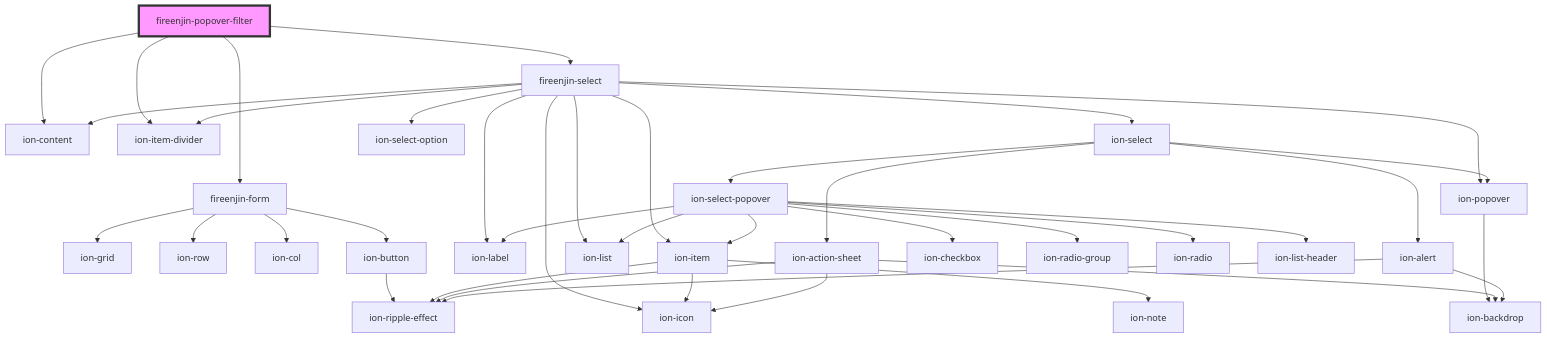
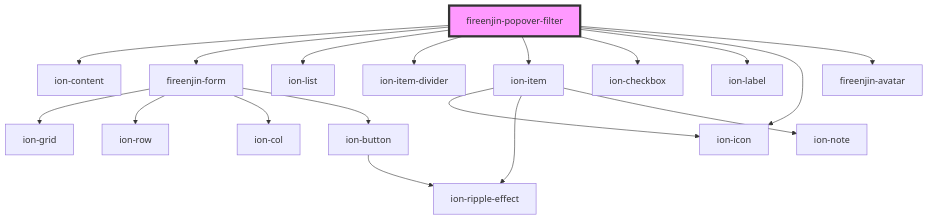
The diagram in src/components/popover-filter/readme.md (FireEnjin/Components), drawn with Mermaid before and after one commit. The commit also changed other lines of this file and 12 other files, not shown here.

````diff
--- a/src/components/popover-filter/readme.md
+++ b/src/components/popover-filter/readme.md
@@ -26,42 +40,21 @@
 ```mermaid
 graph TD;
   fireenjin-popover-filter --> ion-content
   fireenjin-popover-filter --> fireenjin-form
+  fireenjin-popover-filter --> ion-list
   fireenjin-popover-filter --> ion-item-divider
-  fireenjin-popover-filter --> fireenjin-select
+  fireenjin-popover-filter --> ion-item
+  fireenjin-popover-filter --> ion-checkbox
+  fireenjin-popover-filter --> ion-label
+  fireenjin-popover-filter --> ion-icon
+  fireenjin-popover-filter --> fireenjin-avatar
   fireenjin-form --> ion-grid
   fireenjin-form --> ion-row
   fireenjin-form --> ion-col
   fireenjin-form --> ion-button
   ion-button --> ion-ripple-effect
-  fireenjin-select --> ion-label
-  fireenjin-select --> ion-item
-  fireenjin-select --> ion-popover
-  fireenjin-select --> ion-content
-  fireenjin-select --> ion-list
-  fireenjin-select --> ion-item-divider
-  fireenjin-select --> ion-select
-  fireenjin-select --> ion-select-option
-  fireenjin-select --> ion-icon
   ion-item --> ion-icon
   ion-item --> ion-ripple-effect
   ion-item --> ion-note
-  ion-popover --> ion-backdrop
-  ion-select --> ion-select-popover
-  ion-select --> ion-popover
-  ion-select --> ion-action-sheet
-  ion-select --> ion-alert
-  ion-select-popover --> ion-item
-  ion-select-popover --> ion-checkbox
-  ion-select-popover --> ion-label
-  ion-select-popover --> ion-radio-group
-  ion-select-popover --> ion-radio
-  ion-select-popover --> ion-list
-  ion-select-popover --> ion-list-header
-  ion-action-sheet --> ion-backdrop
-  ion-action-sheet --> ion-icon
-  ion-action-sheet --> ion-ripple-effect
-  ion-alert --> ion-ripple-effect
-  ion-alert --> ion-backdrop
   style fireenjin-popover-filter fill:#f9f,stroke:#333,stroke-width:4px
 ```
````
